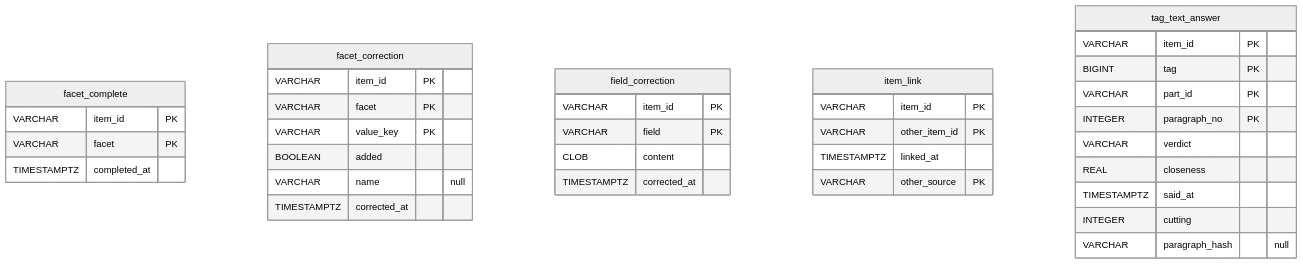
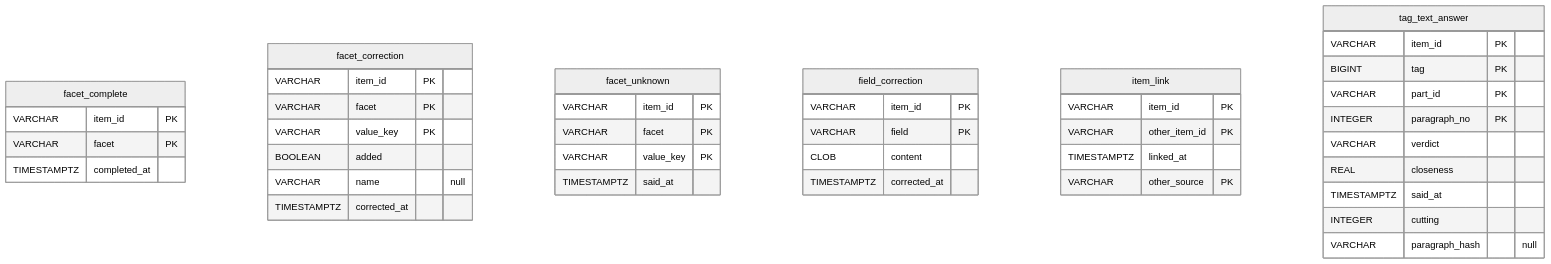
One commit to vlsergey/recommend4me changed the diagram in docs/database/corrections.md. Above: the diagram before and after it, drawn with Mermaid (neutral theme). The commit also changed other lines of this file and 38 other files, not shown here.

````diff
--- a/docs/database/corrections.md
+++ b/docs/database/corrections.md
@@ -15,39 +16,45 @@
 ```mermaid
 erDiagram
     facet_complete {
         VARCHAR item_id PK
         VARCHAR facet PK
         TIMESTAMPTZ completed_at
     }
     facet_correction {
         VARCHAR item_id PK
         VARCHAR facet PK
         VARCHAR value_key PK
         BOOLEAN added
         VARCHAR name "null"
         TIMESTAMPTZ corrected_at
+    }
+    facet_unknown {
+        VARCHAR item_id PK
+        VARCHAR facet PK
+        VARCHAR value_key PK
+        TIMESTAMPTZ said_at
     }
     field_correction {
         VARCHAR item_id PK
         VARCHAR field PK
         CLOB content
         TIMESTAMPTZ corrected_at
     }
     item_link {
         VARCHAR item_id PK
         VARCHAR other_item_id PK
         TIMESTAMPTZ linked_at
         VARCHAR other_source PK
     }
     tag_text_answer {
         VARCHAR item_id PK
         BIGINT tag PK
         VARCHAR part_id PK
         INTEGER paragraph_no PK
         VARCHAR verdict
         REAL closeness
         TIMESTAMPTZ said_at
         INTEGER cutting
         VARCHAR paragraph_hash "null"
     }
 ```
````
